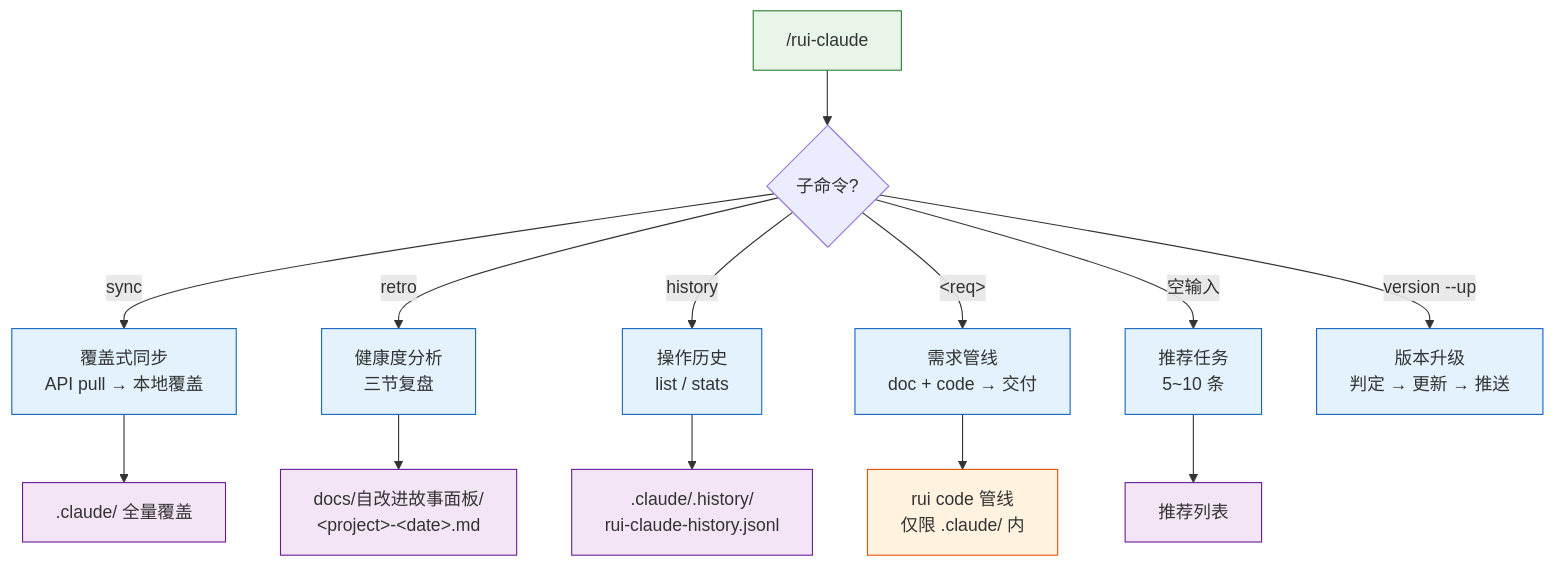
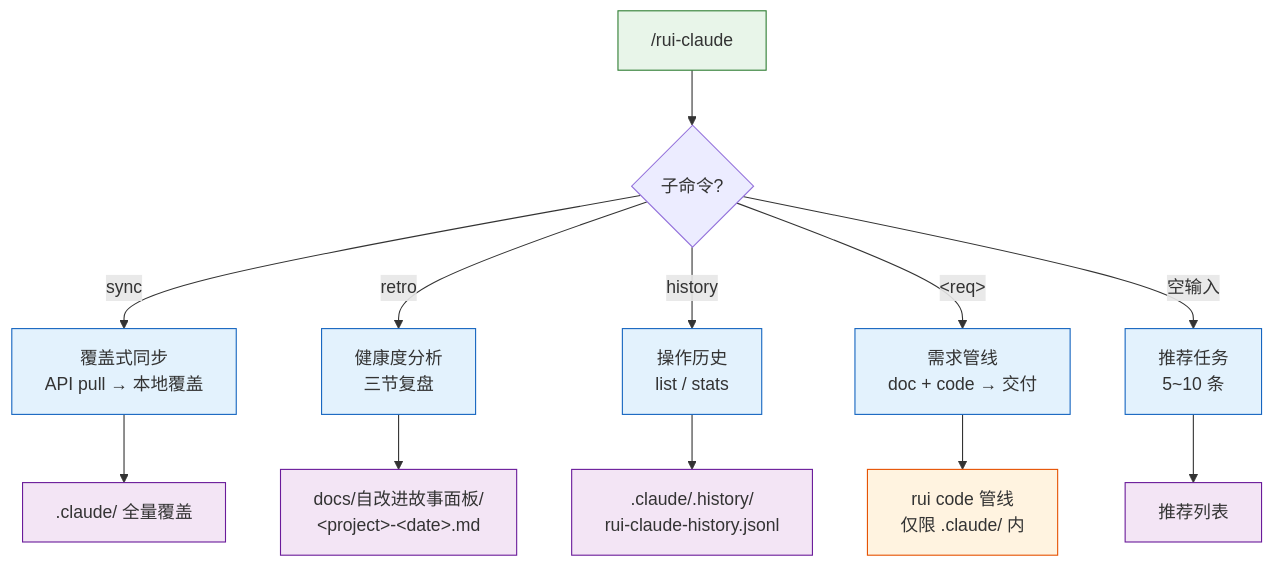
One commit to effiy/YrY changed the first of 7 diagrams in skills/rui-claude/SKILL.md. Above: the diagram before and after it, drawn with Mermaid. The commit also changed other lines of this file and 2 other files, not shown here.

First line of the commit message:
feat: version --up + --rollback — git 版本链追踪与回退

````diff
--- a/skills/rui-claude/SKILL.md
+++ b/skills/rui-claude/SKILL.md
@@ -18,22 +20,21 @@
 ```mermaid
 flowchart TB
     ENTRY["/rui-claude"]:::src --> Q1{"子命令?"}
 
     Q1 -->|"sync"| SYNC["覆盖式同步<br/>API pull → 本地覆盖"]:::cmd
     Q1 -->|"retro"| RETRO["健康度分析<br/>三节复盘"]:::cmd
     Q1 -->|"history"| HIST["操作历史<br/>list / stats"]:::cmd
     Q1 -->|"&lt;req&gt;"| REQ["需求管线<br/>doc + code → 交付"]:::cmd
     Q1 -->|"空输入"| LIST["推荐任务<br/>5~10 条"]:::cmd
-    Q1 -->|"version --up"| VERUP["版本升级<br/>判定 → 更新 → 推送"]:::cmd
 
     SYNC --> S_OUT[".claude/ 全量覆盖"]:::out
     RETRO --> R_OUT["docs/自改进故事面板/<br/>&lt;project&gt;-&lt;date&gt;.md"]:::out
     HIST --> H_OUT[".claude/.history/<br/>rui-claude-history.jsonl"]:::out
     REQ --> PIPE["rui code 管线<br/>仅限 .claude/ 内"]:::pipe
     LIST --> L_OUT["推荐列表"]:::out
 
     classDef src fill:#e8f5e9,stroke:#2e7d32;
     classDef cmd fill:#e3f2fd,stroke:#1565c0;
     classDef out fill:#f3e5f5,stroke:#6a1b9a;
     classDef pipe fill:#fff3e0,stroke:#e65100;
 ```
````
